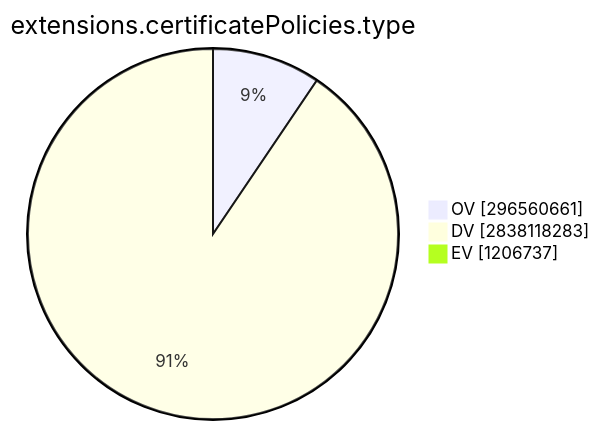
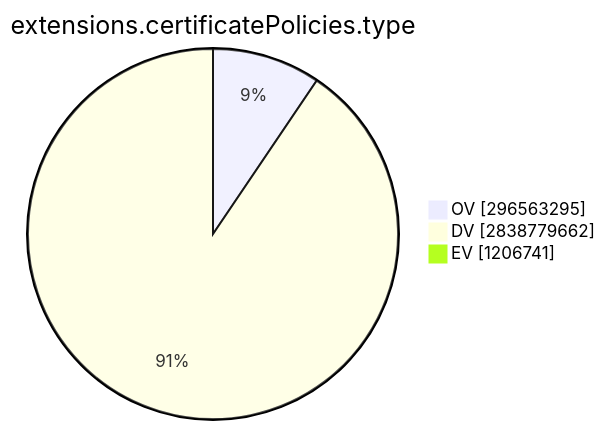
The ninth of 15 diagrams in TOTAL/README.md (christiankrug/ctmonitor_visualization), drawn with Mermaid before and after one commit. The commit also changed other lines of this file, not shown here.

````diff
--- a/TOTAL/README.md
+++ b/TOTAL/README.md
@@ -3099,7 +3099,7 @@
 ```mermaid
 pie showData
 title extensions.certificatePolicies.type
-"OV" :296560661
-"DV" :2838118283
-"EV" :1206737
+"OV" :296563295
+"DV" :2838779662
+"EV" :1206741
 ```
````
